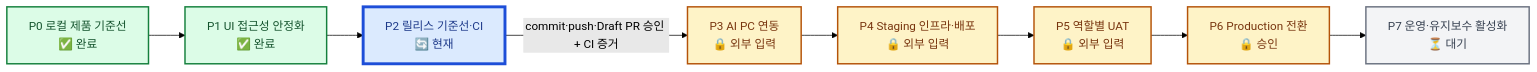
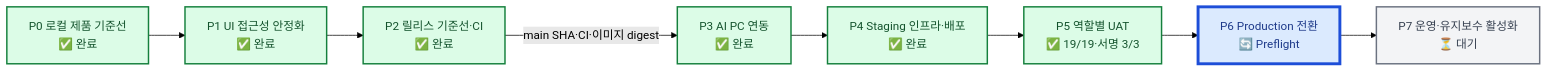
Before and after one commit to visionlab-coder/sqcm-i-inventory-system: the diagram in docs/roadmap.md, drawn with Mermaid (forest theme). The commit also changed other lines of this file and 176 other files, not shown here.

Commit message:
feat: complete staging UAT and notebook handoff

````diff
--- a/docs/roadmap.md
+++ b/docs/roadmap.md
@@ -24,19 +24,19 @@
 ```mermaid
 flowchart LR
     P0["P0 로컬 제품 기준선<br/>✅ 완료"] --> P1["P1 UI 접근성 안정화<br/>✅ 완료"]
-    P1 --> P2["P2 릴리스 기준선·CI<br/>🔄 현재"]
-    P2 -->|"commit·push·Draft PR 승인 + CI 증거"| P3["P3 AI PC 연동<br/>🔒 외부 입력"]
-    P3 --> P4["P4 Staging 인프라·배포<br/>🔒 외부 입력"]
-    P4 --> P5["P5 역할별 UAT<br/>🔒 외부 입력"]
-    P5 --> P6["P6 Production 전환<br/>🔒 승인"]
+    P1 --> P2["P2 릴리스 기준선·CI<br/>✅ 완료"]
+    P2 -->|"main SHA·CI·이미지 digest"| P3["P3 AI PC 연동<br/>✅ 완료"]
+    P3 --> P4["P4 Staging 인프라·배포<br/>✅ 완료"]
+    P4 --> P5["P5 역할별 UAT<br/>✅ 19/19·서명 3/3"]
+    P5 --> P6["P6 Production 전환<br/>🔄 Preflight"]
     P6 --> P7["P7 운영·유지보수 활성화<br/>⏳ 대기"]
 
     classDef done fill:#DCFCE7,stroke:#15803D,color:#14532D,stroke-width:2px;
     classDef active fill:#DBEAFE,stroke:#1D4ED8,color:#1E3A8A,stroke-width:4px;
     classDef pending fill:#F3F4F6,stroke:#6B7280,color:#374151,stroke-width:2px;
     classDef hold fill:#FEF3C7,stroke:#B45309,color:#78350F,stroke-width:2px;
-    class P0,P1 done;
-    class P2 active;
+    classDef blocked fill:#FEE2E2,stroke:#B91C1C,color:#7F1D1D,stroke-width:4px;
+    class P0,P1,P2,P3,P4,P5 done;
+    class P6 active;
     class P7 pending;
-    class P3,P4,P5,P6 hold;
 ```
````
